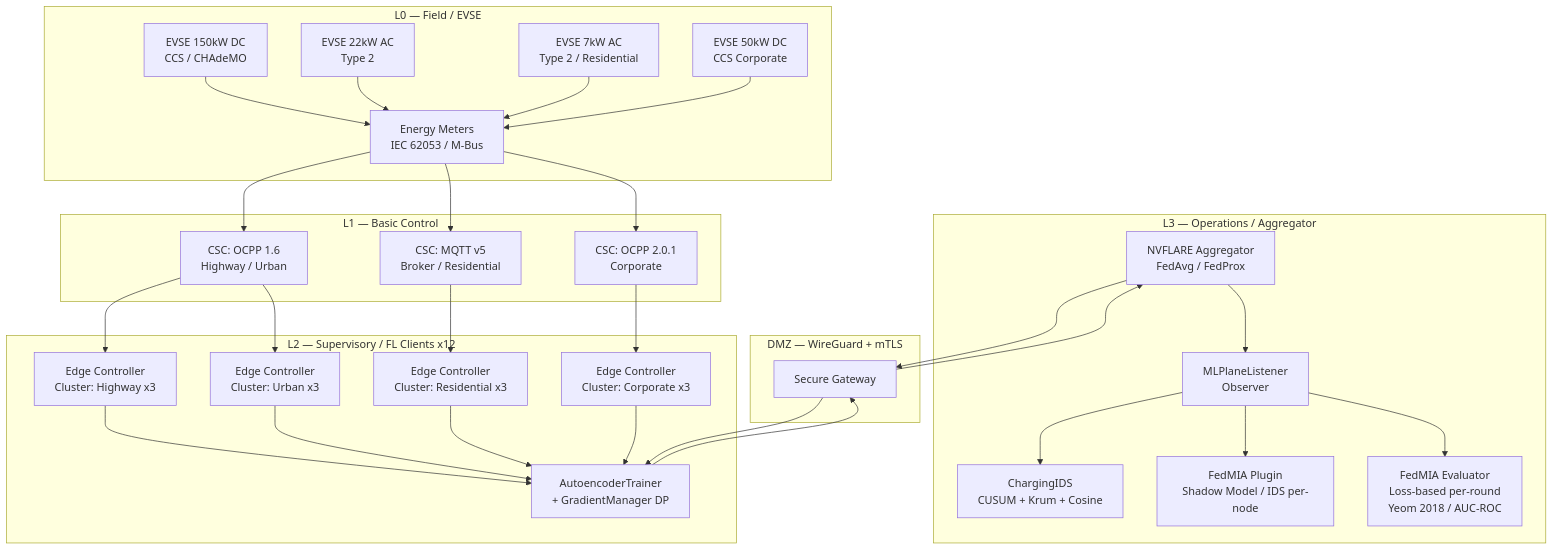
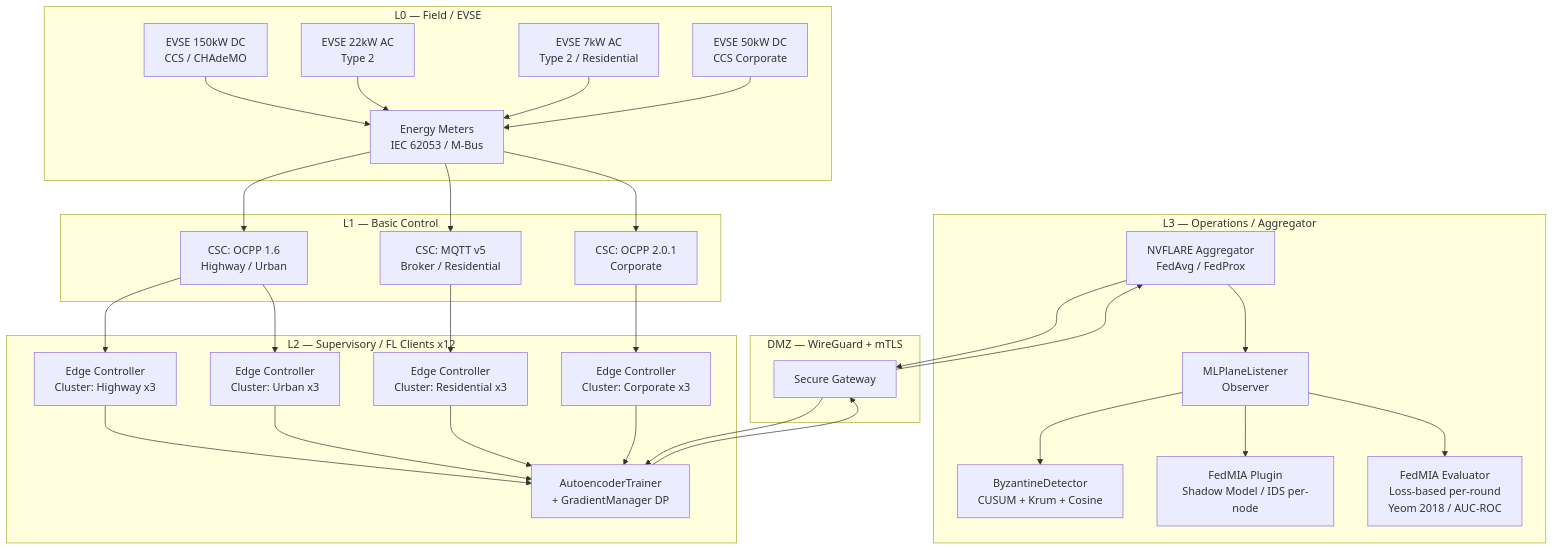
The first of 3 diagrams in docs/Architecture.md (susetta85/ChargeShield-FL), drawn with Mermaid before and after one commit. The commit also changed other lines of this file and 80 other files, not shown here.

First line of the commit message:
Campagna paper completa (task #52) + fix pseudo-replicazione + rename ByzantineDetector

````diff
--- a/docs/Architecture.md
+++ b/docs/Architecture.md
@@ -140,51 +159,51 @@
 ```mermaid
 graph TB
     subgraph L3["L3 — Operations / Aggregator"]
         AGG[NVFLARE Aggregator<br/>FedAvg / FedProx]
-        IDS[ChargingIDS<br/>CUSUM + Krum + Cosine]
+        IDS[ByzantineDetector<br/>CUSUM + Krum + Cosine]
         MIA[FedMIA Plugin<br/>Shadow Model / IDS per-node]
         MIAX[FedMIA Evaluator<br/>Loss-based per-round<br/>Yeom 2018 / AUC-ROC]
         ML3[MLPlaneListener<br/>Observer]
     end
 
     subgraph DMZ["DMZ — WireGuard + mTLS"]
         GW[Secure Gateway]
     end
 
     subgraph L2["L2 — Supervisory / FL Clients x12"]
         EC1[Edge Controller<br/>Cluster: Highway x3]
         EC2[Edge Controller<br/>Cluster: Urban x3]
         EC3[Edge Controller<br/>Cluster: Residential x3]
         EC4[Edge Controller<br/>Cluster: Corporate x3]
         TR[AutoencoderTrainer<br/>+ GradientManager DP]
     end
 
     subgraph L1["L1 — Basic Control"]
         CSC1[CSC: OCPP 1.6<br/>Highway / Urban]
         CSC2[CSC: OCPP 2.0.1<br/>Corporate]
         CSC3[CSC: MQTT v5<br/>Broker / Residential]
     end
 
     subgraph L0["L0 — Field / EVSE"]
         EV1[EVSE 150kW DC<br/>CCS / CHAdeMO]
         EV2[EVSE 22kW AC<br/>Type 2]
         EV3[EVSE 7kW AC<br/>Type 2 / Residential]
         EV4[EVSE 50kW DC<br/>CCS Corporate]
         EM[Energy Meters<br/>IEC 62053 / M-Bus]
     end
 
     EV1 & EV2 & EV3 & EV4 --> EM
     EM --> CSC1 & CSC2 & CSC3
     CSC1 --> EC1 & EC2
     CSC2 --> EC4
     CSC3 --> EC3
     EC1 & EC2 & EC3 & EC4 --> TR
     TR --> GW
     GW --> AGG
     AGG --> GW
     GW --> TR
     AGG --> ML3
     ML3 --> IDS
     ML3 --> MIA
     ML3 --> MIAX
 ```
````
